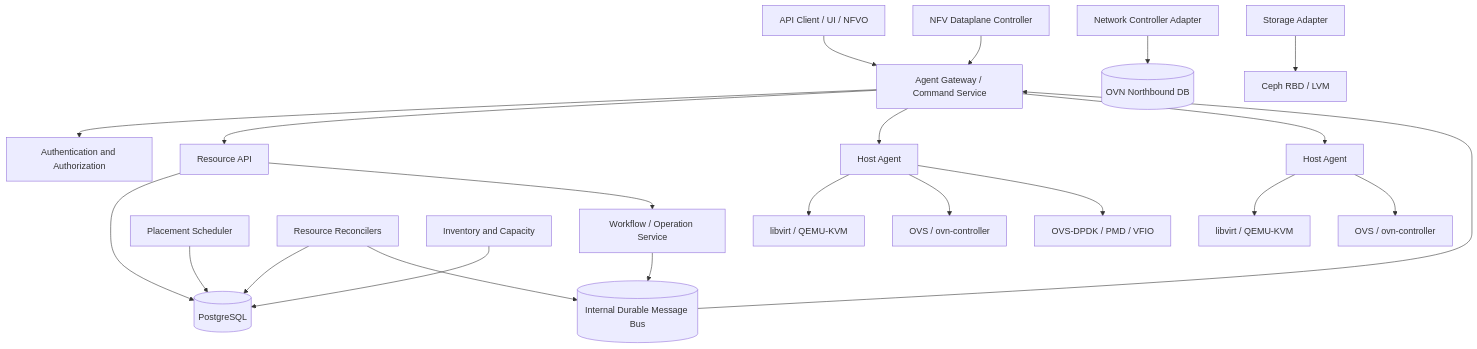
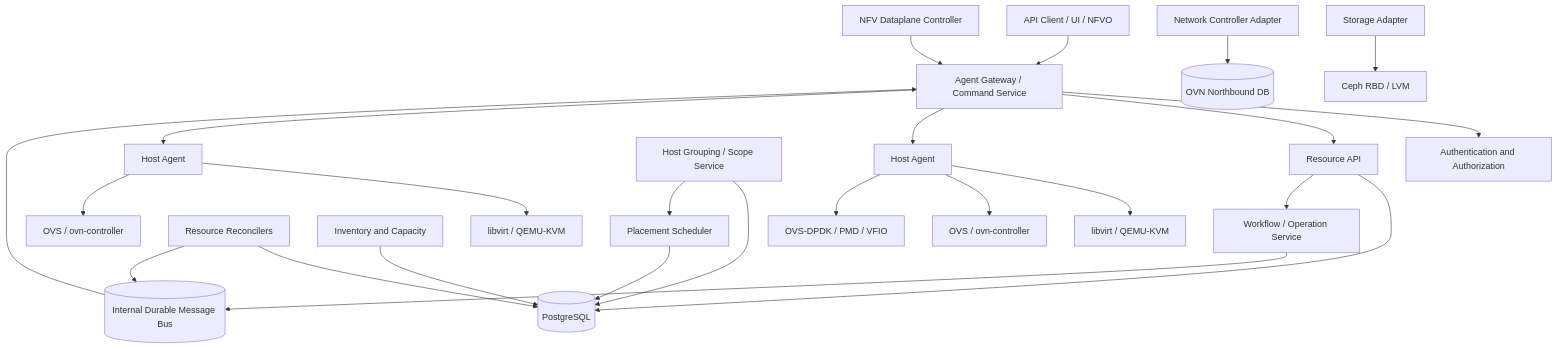
Before and after one commit to si32288564/kvm-infrastructure-manager: the second of 3 diagrams in docs/architecture.md, drawn with Mermaid. The commit also changed other lines of this file and 22 other files, not shown here.

Commit message:
docs: define first-class host grouping

````diff
--- a/docs/architecture.md
+++ b/docs/architecture.md
@@ -40,24 +40,26 @@
 ```mermaid
 flowchart TB
     Client["API Client / UI / NFVO"] --> Gateway["API Gateway"]
     Gateway --> IAM["Authentication and Authorization"]
     Gateway --> API["Resource API"]
     API --> DB[("PostgreSQL")]
     API --> Workflow["Workflow / Operation Service"]
     Workflow --> Bus[("Internal Durable Message Bus")]
     Scheduler["Placement Scheduler"] --> DB
+    Grouping["Host Grouping / Scope Service"] --> DB
+    Grouping --> Scheduler
     Reconciler["Resource Reconcilers"] --> DB
     Reconciler --> Bus
     Inventory["Inventory and Capacity"] --> DB
     Bus --> Gateway["Agent Gateway / Command Service"]
     Gateway --> Agent1["Host Agent"]
     Gateway --> AgentN["Host Agent"]
     Agent1 --> Libvirt1["libvirt / QEMU-KVM"]
     AgentN --> LibvirtN["libvirt / QEMU-KVM"]
     Agent1 --> OVS1["OVS / ovn-controller"]
     AgentN --> OVSN["OVS / ovn-controller"]
     NetworkCtl["Network Controller Adapter"] --> OVNDB[("OVN Northbound DB")]
     StorageCtl["Storage Adapter"] --> RBD["Ceph RBD / LVM"]
     DataplaneCtl["NFV Dataplane Controller"] --> Gateway
     Agent1 --> DPDK1["OVS-DPDK / PMD / VFIO"]
 ```
````
